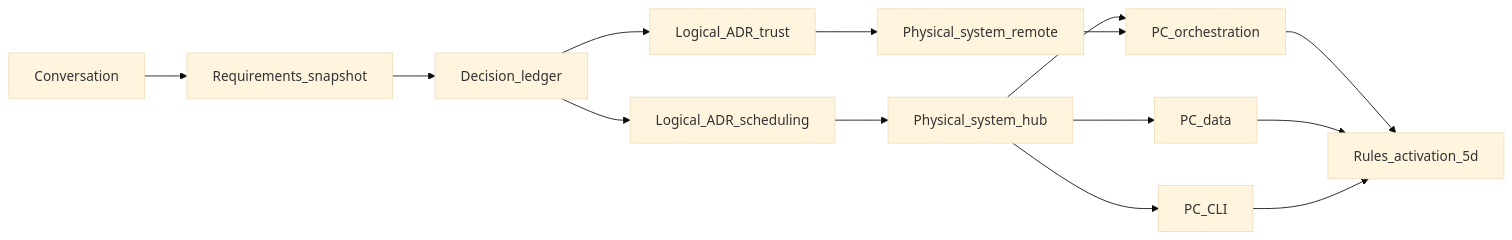
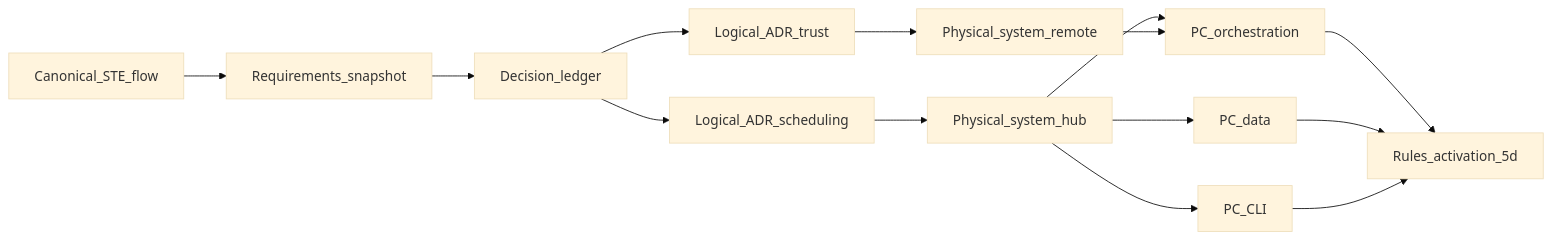
One commit to egallmann/ste-handbook changed the second of 2 diagrams in 11-examples/instance-scheduler-example/diagrams/intent-to-design.md. Above: the diagram before and after it, drawn with Mermaid (base theme). The commit also changed other lines of this file and 11 other files, not shown here.

First line of the commit message:
docs(11): Instance Scheduler canonical STE flow (Parts 1-8)

````diff
--- a/11-examples/instance-scheduler-example/diagrams/intent-to-design.md
+++ b/11-examples/instance-scheduler-example/diagrams/intent-to-design.md
@@ -26,27 +26,27 @@
 ```mermaid
 flowchart LR
-  CONV[Conversation]
+  CONV[Canonical_STE_flow]
   REQ[Requirements_snapshot]
   LED[Decision_ledger]
   L1[Logical_ADR_scheduling]
   L2[Logical_ADR_trust]
   PS1[Physical_system_hub]
   PS2[Physical_system_remote]
   PC1[PC_orchestration]
   PC2[PC_data]
   PC3[PC_CLI]
   RULES[Rules_activation_5d]
   CONV --> REQ
   REQ --> LED
   LED --> L1
   LED --> L2
   L1 --> PS1
   L2 --> PS2
   PS1 --> PC1
   PS1 --> PC2
   PS1 --> PC3
   PS2 --> PC1
   PC1 --> RULES
   PC2 --> RULES
   PC3 --> RULES
 ```
````
